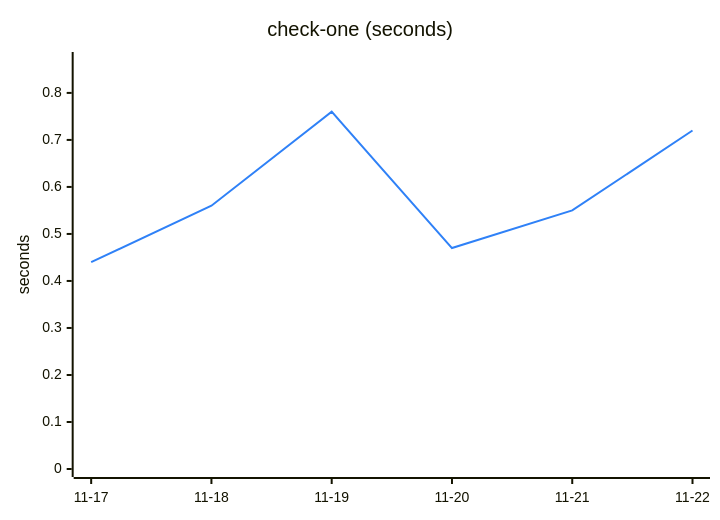
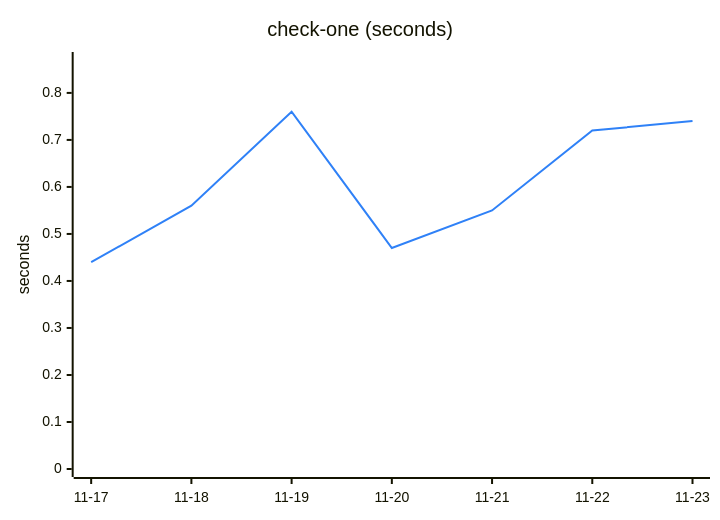
Before and after one commit to Ricovl/mxcli: the fourth of 6 diagrams in TREND.md, drawn with Mermaid. The commit also changed other lines of this file and 2 other files, not shown here.

````diff
--- a/TREND.md
+++ b/TREND.md
@@ -97,13 +97,13 @@
 ```mermaid
 ---
 config:
   themeVariables:
     xyChart:
       plotColorPalette: "#2f81f7"
 ---
 xychart-beta
     title "check-one (seconds)"
-    x-axis ["11-17", "11-18", "11-19", "11-20", "11-21", "11-22"]
+    x-axis ["11-17", "11-18", "11-19", "11-20", "11-21", "11-22", "11-23"]
     y-axis "seconds" 0 --> 0.87
-    line [0.44, 0.56, 0.76, 0.47, 0.55, 0.72]
+    line [0.44, 0.56, 0.76, 0.47, 0.55, 0.72, 0.74]
 ```
````
